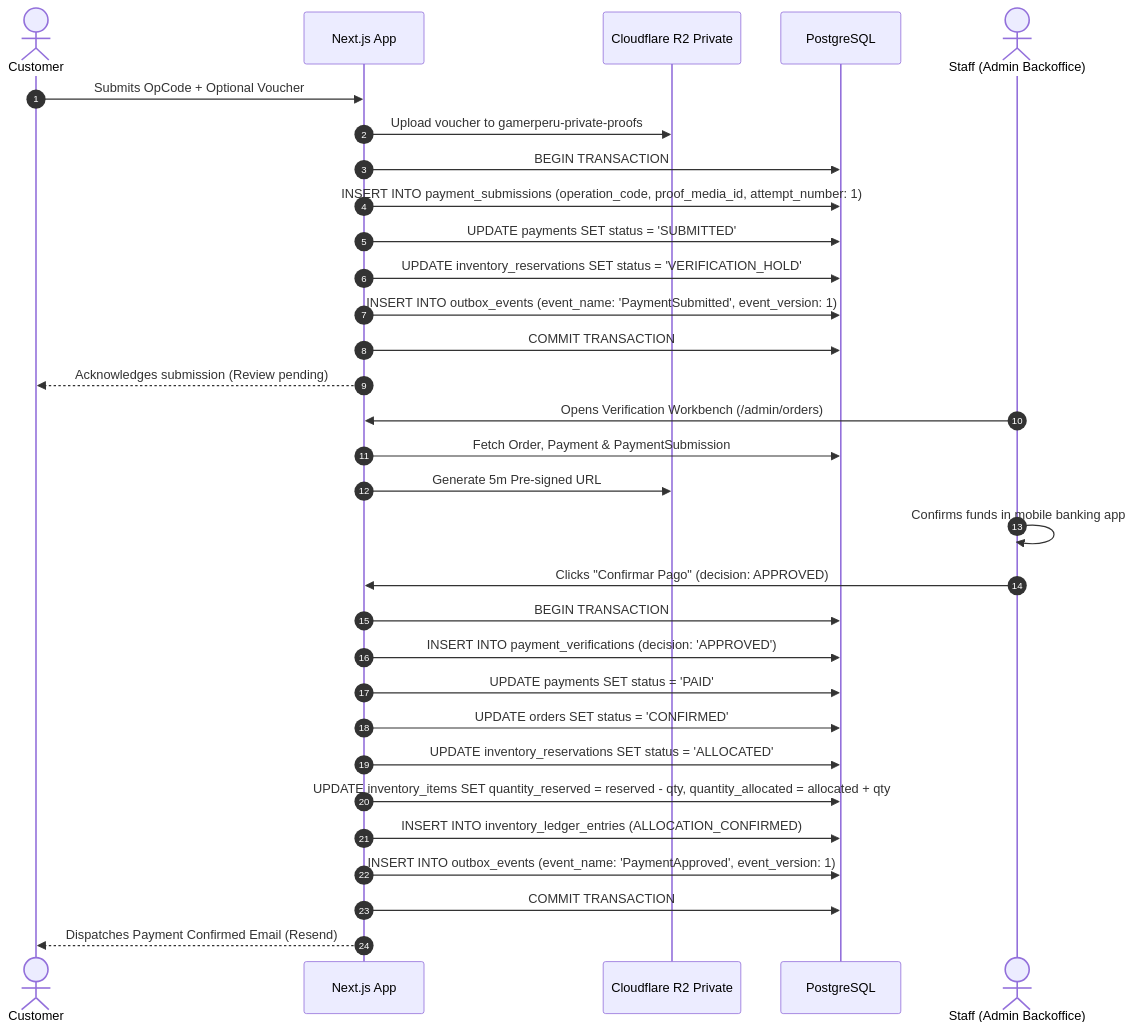
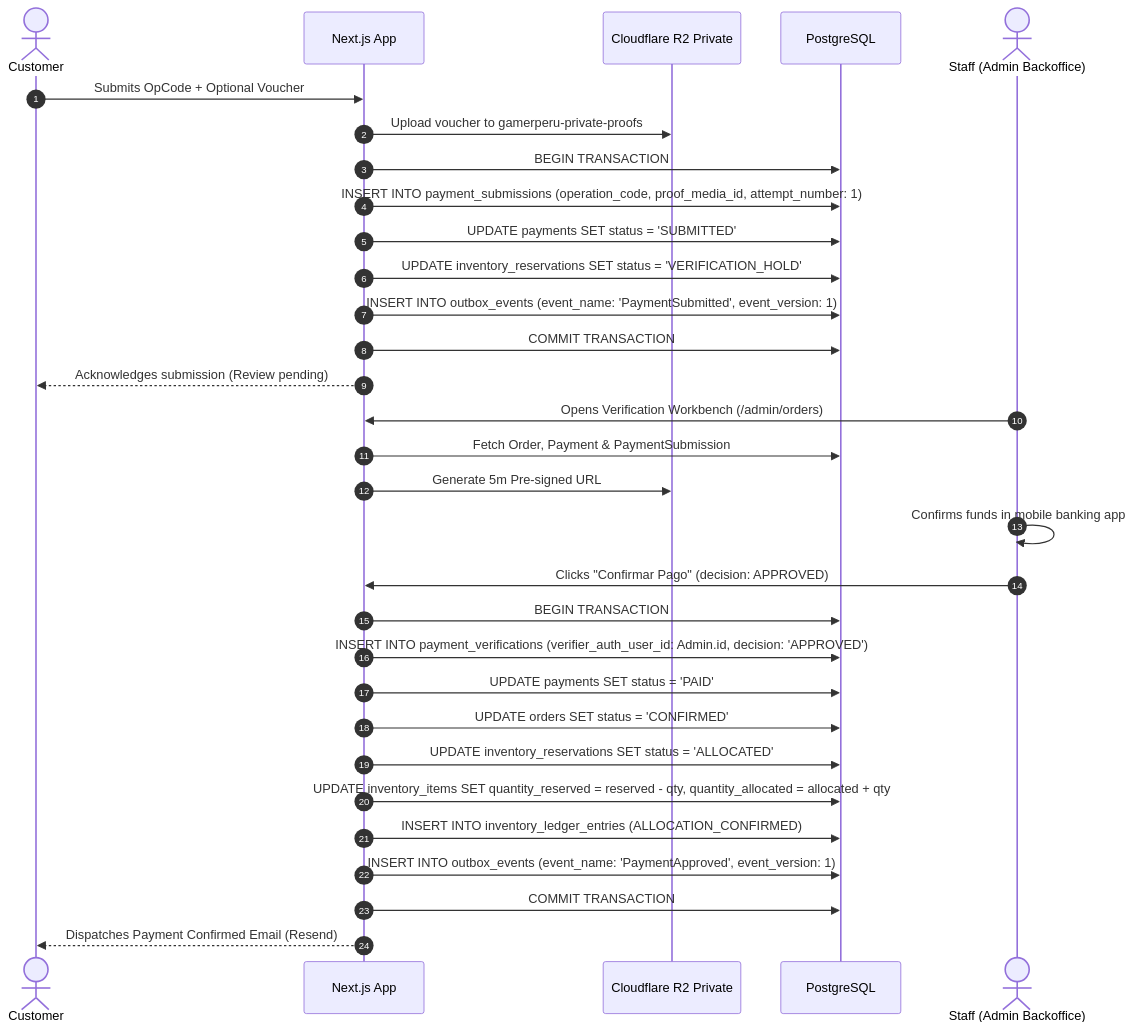
Diagram 11 of 15 in docs/architecture/COMMERCE_DOMAIN_MODEL.md (SaeBryxn/GamerPeru-Vercel), drawn with Mermaid before and after one commit. The commit also changed other lines of this file and 4 other files, not shown here.

````diff
--- a/docs/architecture/COMMERCE_DOMAIN_MODEL.md
+++ b/docs/architecture/COMMERCE_DOMAIN_MODEL.md
@@ -1383,35 +1398,35 @@
 ```mermaid
 sequenceDiagram
     autonumber
     actor Customer
     participant App as Next.js App
     participant R2 as Cloudflare R2 Private
     participant DB as PostgreSQL
     actor Admin as Staff (Admin Backoffice)
 
     Customer->>App: Submits OpCode + Optional Voucher
     App->>R2: Upload voucher to gamerperu-private-proofs
     App->>DB: BEGIN TRANSACTION
     App->>DB: INSERT INTO payment_submissions (operation_code, proof_media_id, attempt_number: 1)
     App->>DB: UPDATE payments SET status = 'SUBMITTED'
     App->>DB: UPDATE inventory_reservations SET status = 'VERIFICATION_HOLD'
     App->>DB: INSERT INTO outbox_events (event_name: 'PaymentSubmitted', event_version: 1)
     App->>DB: COMMIT TRANSACTION
     App-->>Customer: Acknowledges submission (Review pending)
     
     Admin->>App: Opens Verification Workbench (/admin/orders)
     App->>DB: Fetch Order, Payment & PaymentSubmission
     App->>R2: Generate 5m Pre-signed URL
     Admin->>Admin: Confirms funds in mobile banking app
     Admin->>App: Clicks "Confirmar Pago" (decision: APPROVED)
     App->>DB: BEGIN TRANSACTION
-    App->>DB: INSERT INTO payment_verifications (decision: 'APPROVED')
+    App->>DB: INSERT INTO payment_verifications (verifier_auth_user_id: Admin.id, decision: 'APPROVED')
     App->>DB: UPDATE payments SET status = 'PAID'
     App->>DB: UPDATE orders SET status = 'CONFIRMED'
     App->>DB: UPDATE inventory_reservations SET status = 'ALLOCATED'
     App->>DB: UPDATE inventory_items SET quantity_reserved = reserved - qty, quantity_allocated = allocated + qty
     App->>DB: INSERT INTO inventory_ledger_entries (ALLOCATION_CONFIRMED)
     App->>DB: INSERT INTO outbox_events (event_name: 'PaymentApproved', event_version: 1)
     App->>DB: COMMIT TRANSACTION
     App-->>Customer: Dispatches Payment Confirmed Email (Resend)
 ```
````
